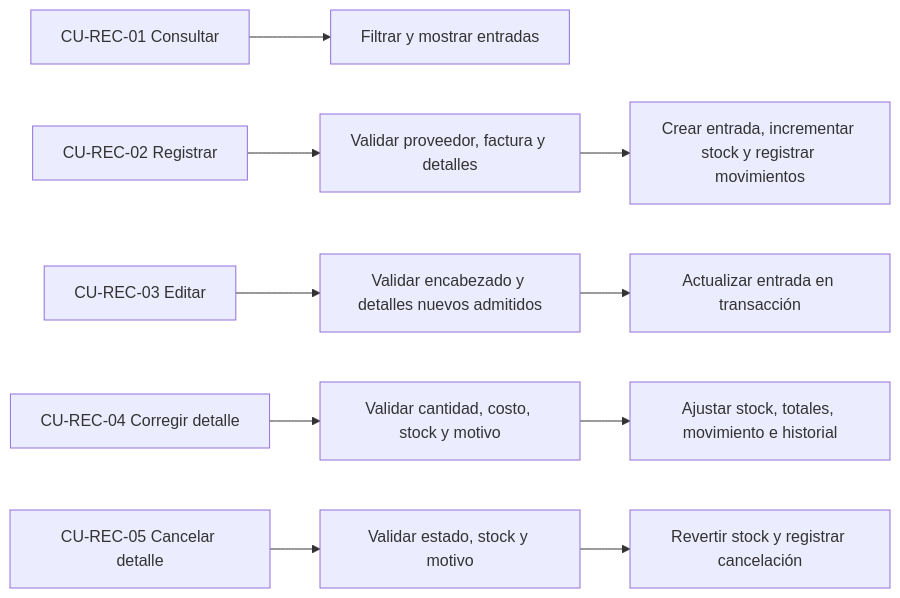
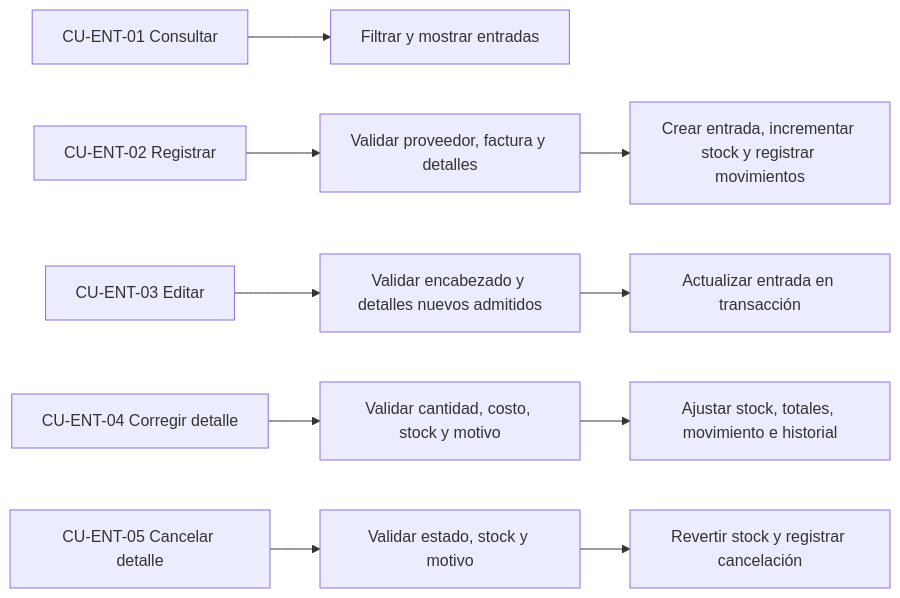
One commit to gpgsistemas01/nexus changed the fifth of 15 diagrams in docs/requirements/requirements-diagrams.md. Above: the diagram before and after it, drawn with Mermaid. The commit also changed other lines of this file and 12 other files, not shown here.

````diff
--- a/docs/requirements/requirements-diagrams.md
+++ b/docs/requirements/requirements-diagrams.md
@@ -136,8 +137,8 @@
 ```mermaid
 flowchart LR
-    rec01["CU-REC-01 Consultar"] --> rec01q["Filtrar y mostrar entradas"]
-    rec02["CU-REC-02 Registrar"] --> rec02v["Validar proveedor, factura y detalles"] --> rec02t["Crear entrada, incrementar stock y registrar movimientos"]
-    rec03["CU-REC-03 Editar"] --> rec03v["Validar encabezado y detalles nuevos admitidos"] --> rec03t["Actualizar entrada en transacción"]
-    rec04["CU-REC-04 Corregir detalle"] --> rec04v["Validar cantidad, costo, stock y motivo"] --> rec04t["Ajustar stock, totales, movimiento e historial"]
-    rec05["CU-REC-05 Cancelar detalle"] --> rec05v["Validar estado, stock y motivo"] --> rec05t["Revertir stock y registrar cancelación"]
+    rec01["CU-ENT-01 Consultar"] --> rec01q["Filtrar y mostrar entradas"]
+    rec02["CU-ENT-02 Registrar"] --> rec02v["Validar proveedor, factura y detalles"] --> rec02t["Crear entrada, incrementar stock y registrar movimientos"]
+    rec03["CU-ENT-03 Editar"] --> rec03v["Validar encabezado y detalles nuevos admitidos"] --> rec03t["Actualizar entrada en transacción"]
+    rec04["CU-ENT-04 Corregir detalle"] --> rec04v["Validar cantidad, costo, stock y motivo"] --> rec04t["Ajustar stock, totales, movimiento e historial"]
+    rec05["CU-ENT-05 Cancelar detalle"] --> rec05v["Validar estado, stock y motivo"] --> rec05t["Revertir stock y registrar cancelación"]
 ```
````
